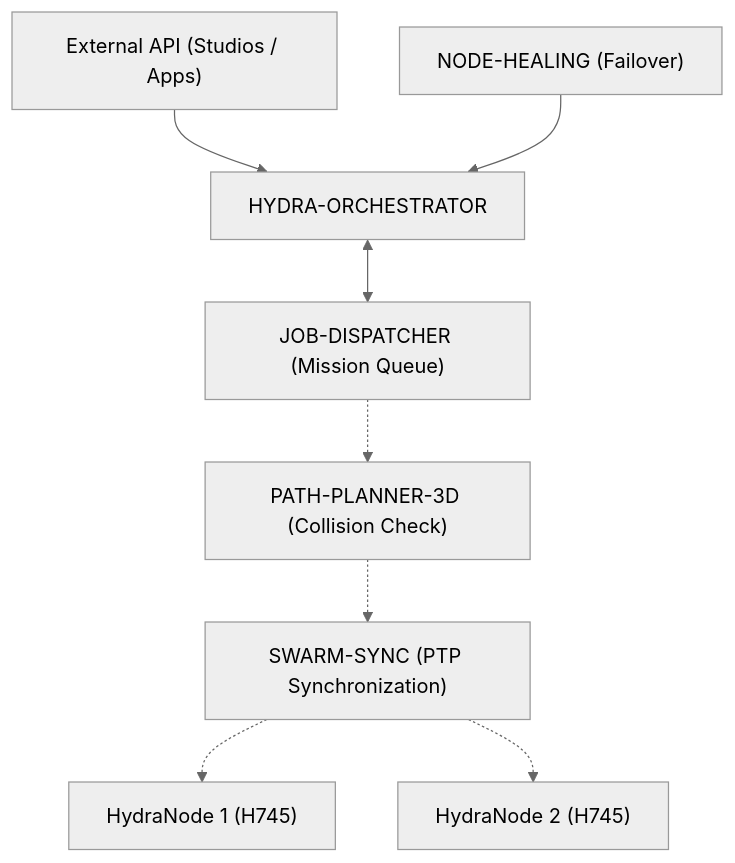
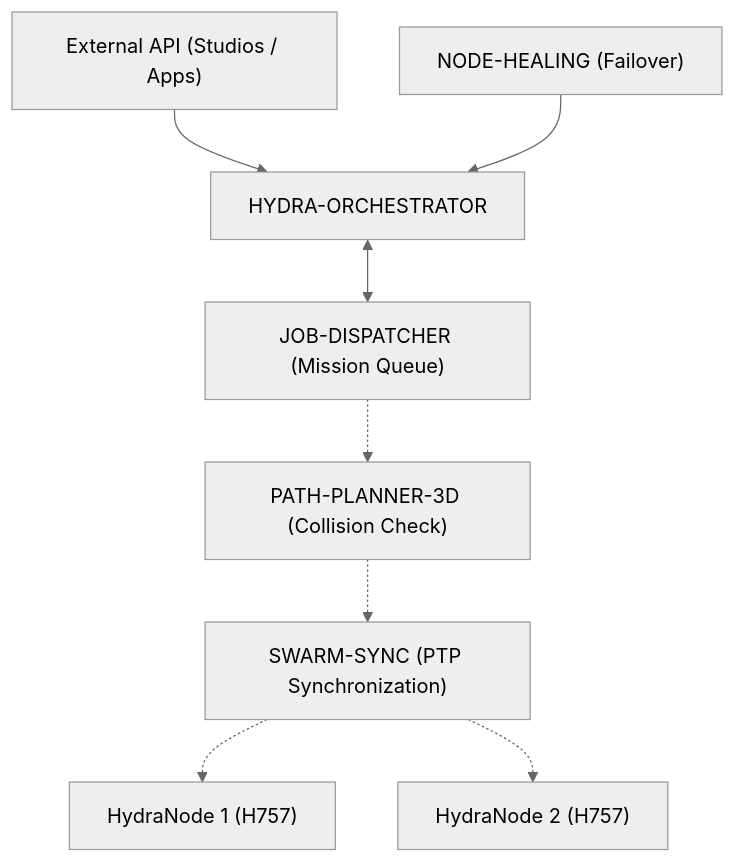
The diagram in README.md (JuanenRac/HYDRA-UMC-ORCHESTRATOR), drawn with Mermaid (neutral theme) before and after one commit. The commit also changed other lines of this file and 7 other files, not shown here.

````diff
--- a/README.md
+++ b/README.md
@@ -105,10 +105,10 @@
 ```mermaid
 flowchart TB
     API["External API (Studios / Apps)"] --> ORCH["HYDRA-ORCHESTRATOR"]
     ORCH <--> JOB["JOB-DISPATCHER (Mission Queue)"]
     JOB -.-> PATH["PATH-PLANNER-3D (Collision Check)"]
     PATH -.-> SYNC["SWARM-SYNC (PTP Synchronization)"]
-    SYNC -.-> NODE1["HydraNode 1 (H745)"]
-    SYNC -.-> NODE2["HydraNode 2 (H745)"]
+    SYNC -.-> NODE1["HydraNode 1 (H757)"]
+    SYNC -.-> NODE2["HydraNode 2 (H757)"]
     HEAL["NODE-HEALING (Failover)"] --> ORCH
 ```
````
